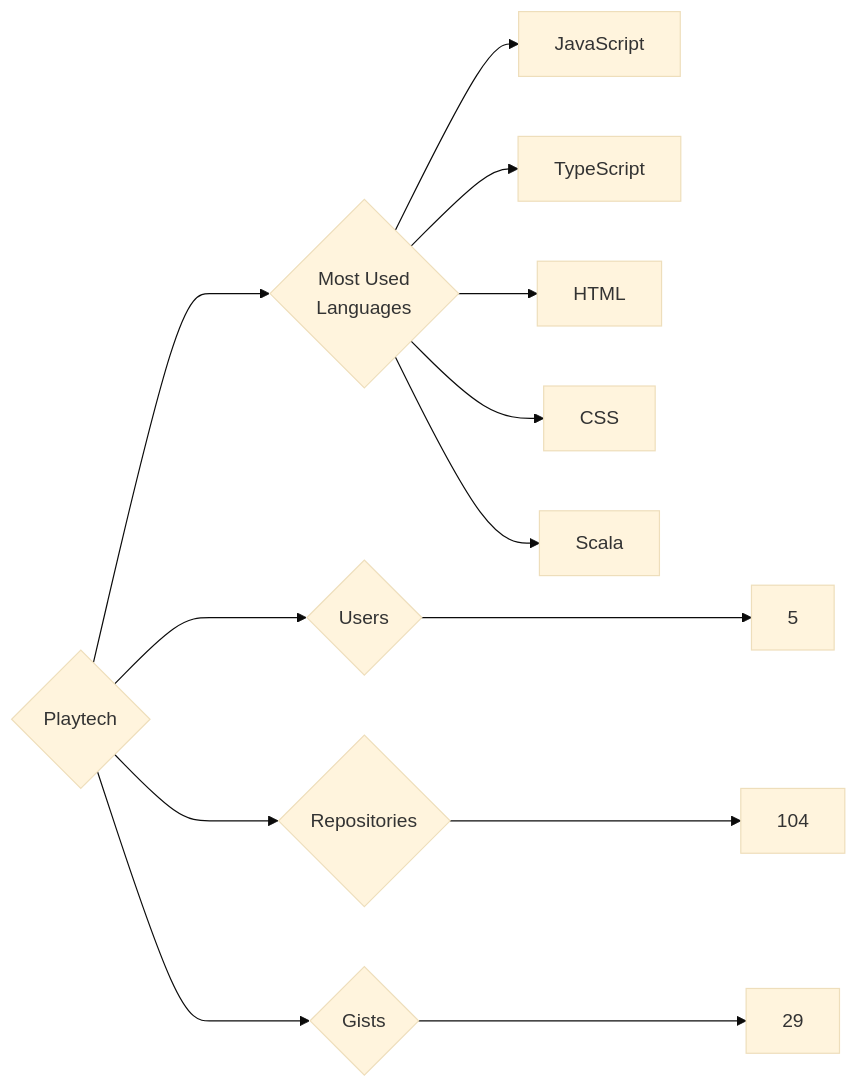
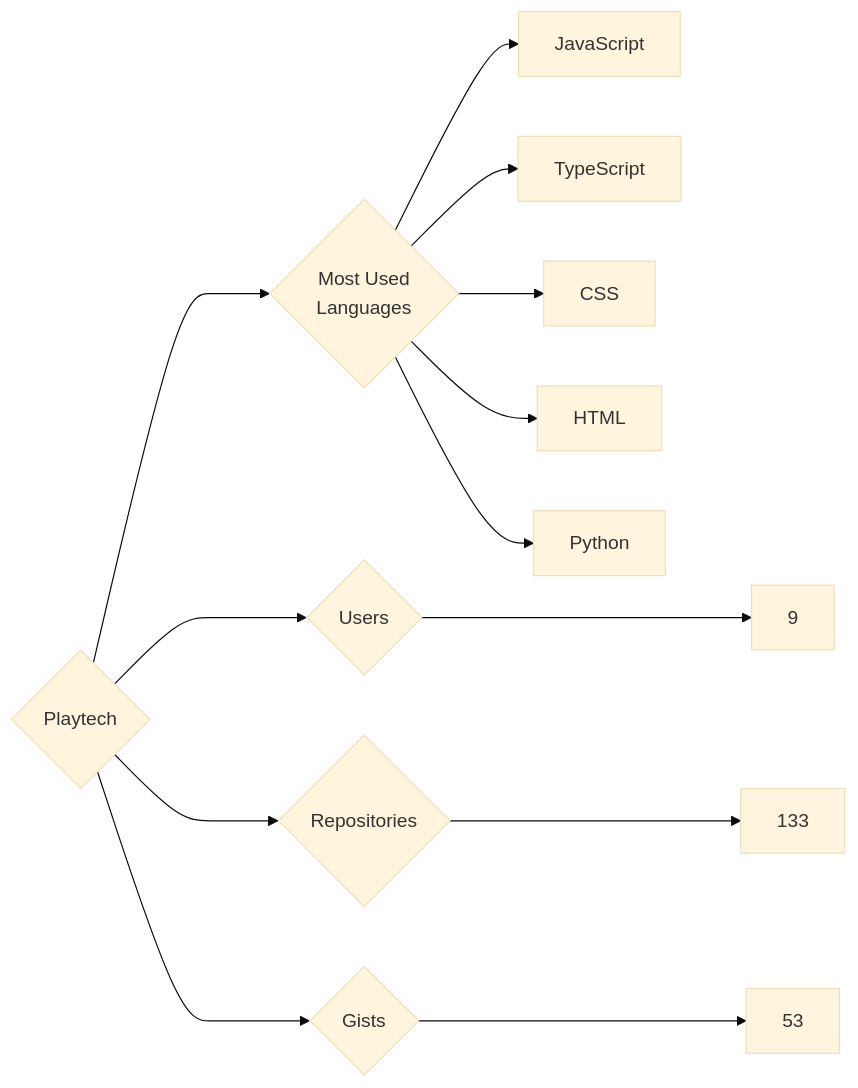
The diagram in targets/Playtech/README.md (trickest/insiders), drawn with Mermaid (base theme) before and after one commit. The commit also changed 1696 other files, not shown here.

````diff
--- a/targets/Playtech/README.md
+++ b/targets/Playtech/README.md
@@ -3,13 +3,13 @@
 ```mermaid
 graph LR
 COMPANY_NAME{Playtech}
-COMPANY_NAME ---> U{Users} ---> UN[5]
-COMPANY_NAME ---> R{Repositories} ---> RN[104]
-COMPANY_NAME ---> G{Gists} ---> GN[29]
+COMPANY_NAME ---> U{Users} ---> UN[9]
+COMPANY_NAME ---> R{Repositories} ---> RN[133]
+COMPANY_NAME ---> G{Gists} ---> GN[53]
 COMPANY_NAME ---> ML{Most Used<br>Languages}
 ML --> JavaScript[JavaScript]
 ML --> TypeScript[TypeScript]
+ML --> CSS[CSS]
 ML --> HTML[HTML]
-ML --> CSS[CSS]
-ML --> Scala[Scala]
+ML --> Python[Python]
 ```
````
